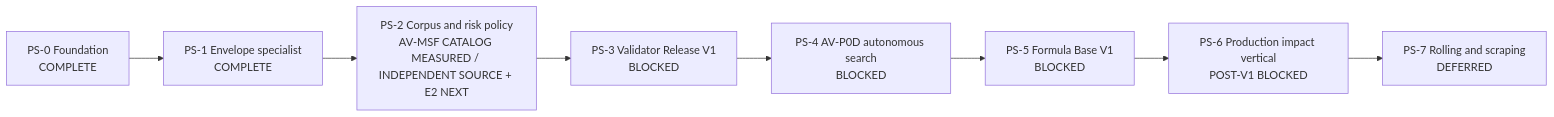
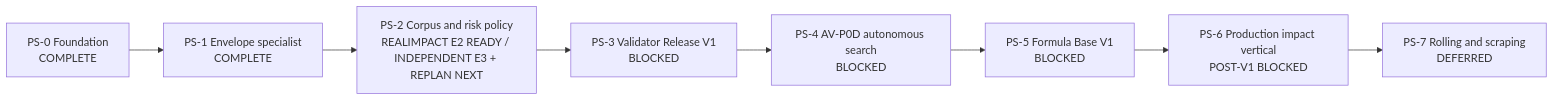
The diagram in docs/plans/physical-sound-synthesis-roadmap.md (kaifaty/NextEngine), drawn with Mermaid before and after one commit. The commit also changed other lines of this file and 14 other files, not shown here.

````diff
--- a/docs/plans/physical-sound-synthesis-roadmap.md
+++ b/docs/plans/physical-sound-synthesis-roadmap.md
@@ -94,10 +94,10 @@
 ```mermaid
 flowchart LR
     PS0["PS-0 Foundation<br/>COMPLETE"] --> PS1["PS-1 Envelope specialist<br/>COMPLETE"]
-    PS1 --> PS2["PS-2 Corpus and risk policy<br/>AV-MSF CATALOG MEASURED / INDEPENDENT SOURCE + E2 NEXT"]
+    PS1 --> PS2["PS-2 Corpus and risk policy<br/>REALIMPACT E2 READY / INDEPENDENT E3 + REPLAN NEXT"]
     PS2 --> PS3["PS-3 Validator Release V1<br/>BLOCKED"]
     PS3 --> PS4["PS-4 AV-P0D autonomous search<br/>BLOCKED"]
     PS4 --> PS5["PS-5 Formula Base V1<br/>BLOCKED"]
     PS5 --> PS6["PS-6 Production impact vertical<br/>POST-V1 BLOCKED"]
     PS6 --> PS7["PS-7 Rolling and scraping<br/>DEFERRED"]
 ```
````
